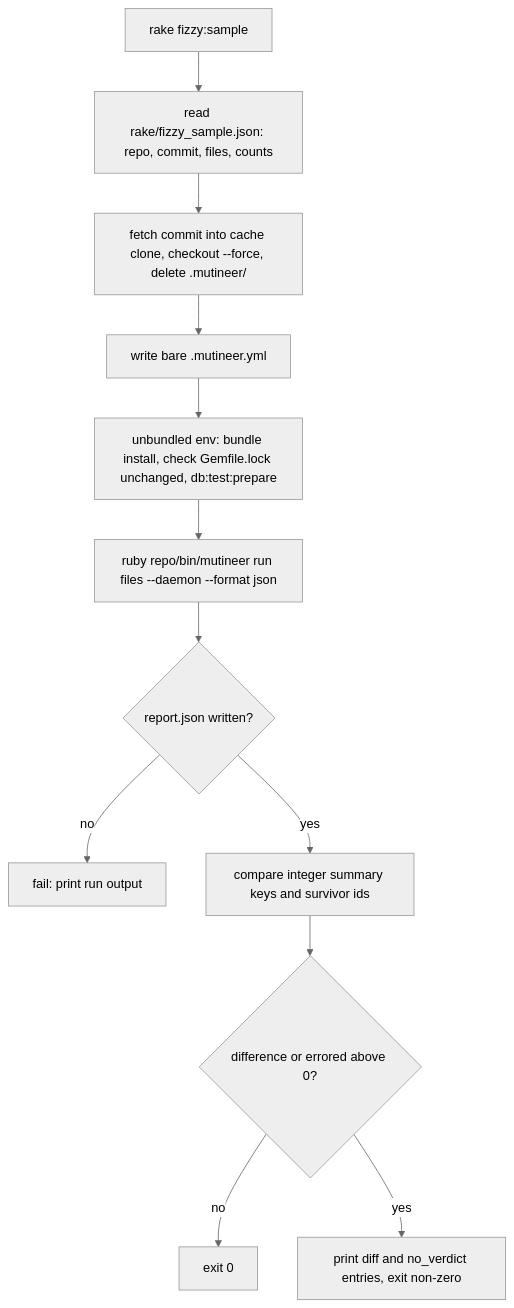
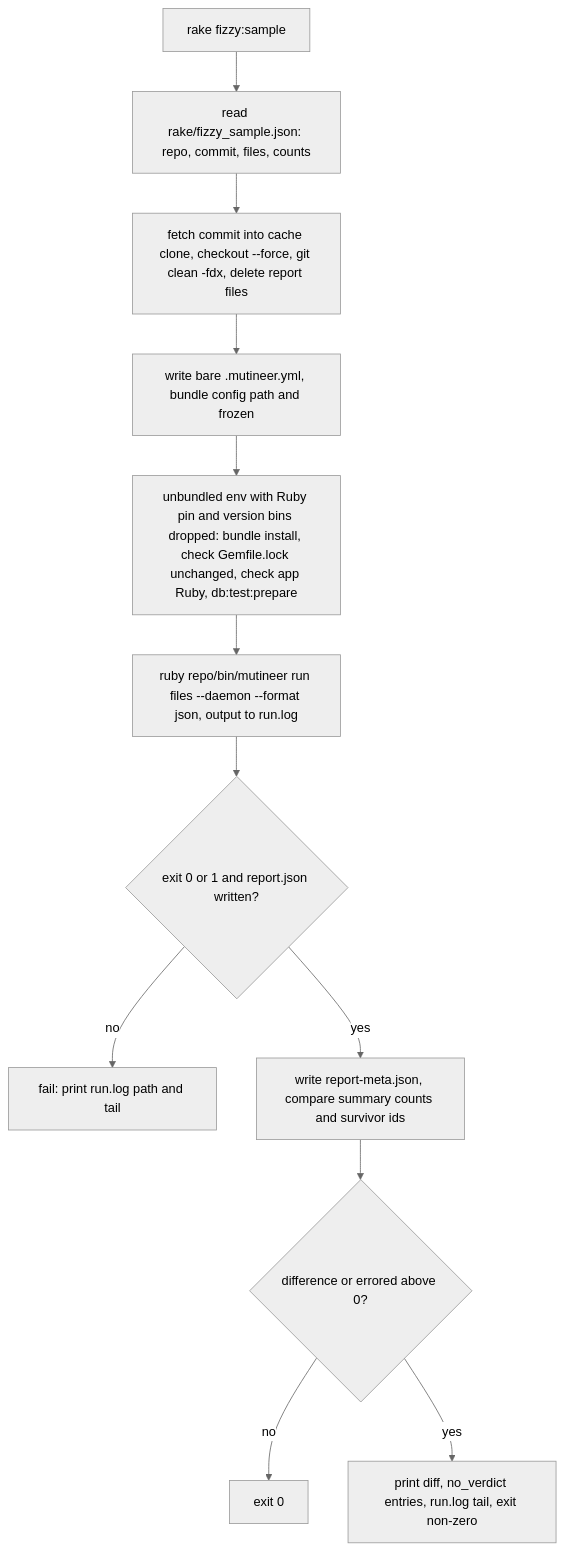
Before and after one commit to davidteren/mutineer: the diagram in docs/plans/2026-11-10-402-chore-pre-release-fizzy-sample-check-plan.md, drawn with Mermaid (neutral theme). The commit also changed other lines of this file and 14 other files, not shown here.

````diff
--- a/docs/plans/2026-11-10-402-chore-pre-release-fizzy-sample-check-plan.md
+++ b/docs/plans/2026-11-10-402-chore-pre-release-fizzy-sample-check-plan.md
@@ -127,14 +206,14 @@
 ```mermaid
 flowchart TD
   A[rake fizzy:sample] --> B[read rake/fizzy_sample.json: repo, commit, files, counts]
-  B --> C[fetch commit into cache clone, checkout --force, delete .mutineer/]
-  C --> D[write bare .mutineer.yml]
-  D --> E[unbundled env: bundle install, check Gemfile.lock unchanged, db:test:prepare]
-  E --> F[ruby repo/bin/mutineer run files --daemon --format json]
-  F --> G{report.json written?}
-  G -->|no| X[fail: print run output]
-  G -->|yes| H[compare integer summary keys and survivor ids]
+  B --> C[fetch commit into cache clone, checkout --force, git clean -fdx, delete report files]
+  C --> D[write bare .mutineer.yml, bundle config path and frozen]
+  D --> E[unbundled env with Ruby pin and version bins dropped: bundle install, check Gemfile.lock unchanged, check app Ruby, db:test:prepare]
+  E --> F[ruby repo/bin/mutineer run files --daemon --format json, output to run.log]
+  F --> G{exit 0 or 1 and report.json written?}
+  G -->|no| X[fail: print run.log path and tail]
+  G -->|yes| H[write report-meta.json, compare summary counts and survivor ids]
   H --> I{difference or errored above 0?}
   I -->|no| OK[exit 0]
-  I -->|yes| FAIL[print diff and no_verdict entries, exit non-zero]
+  I -->|yes| FAIL[print diff, no_verdict entries, run.log tail, exit non-zero]
 ```
````
